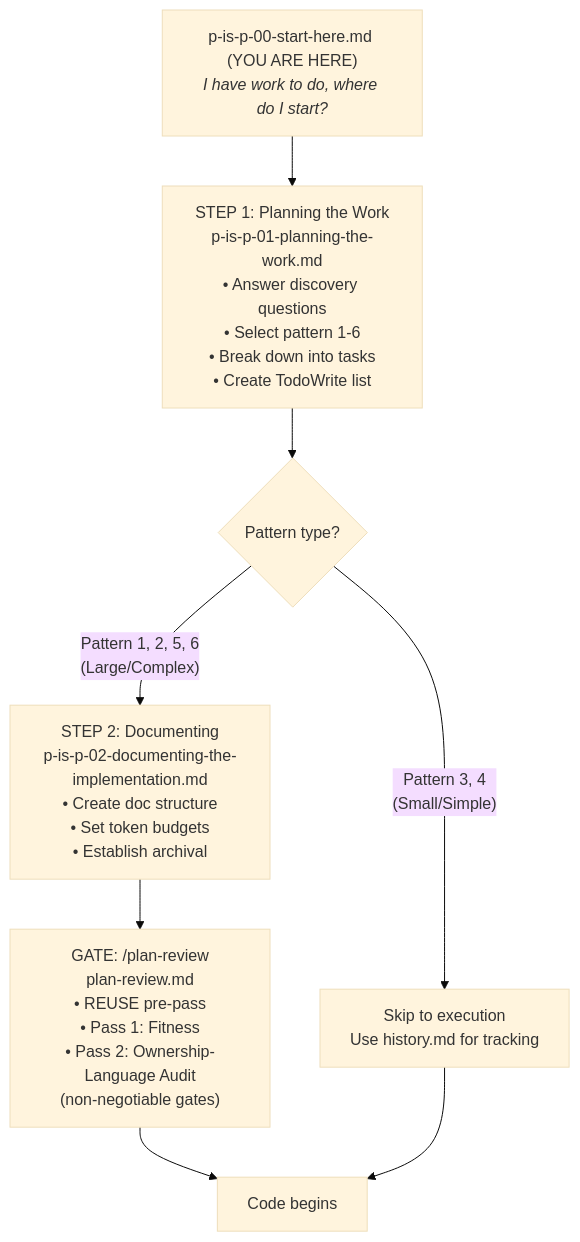
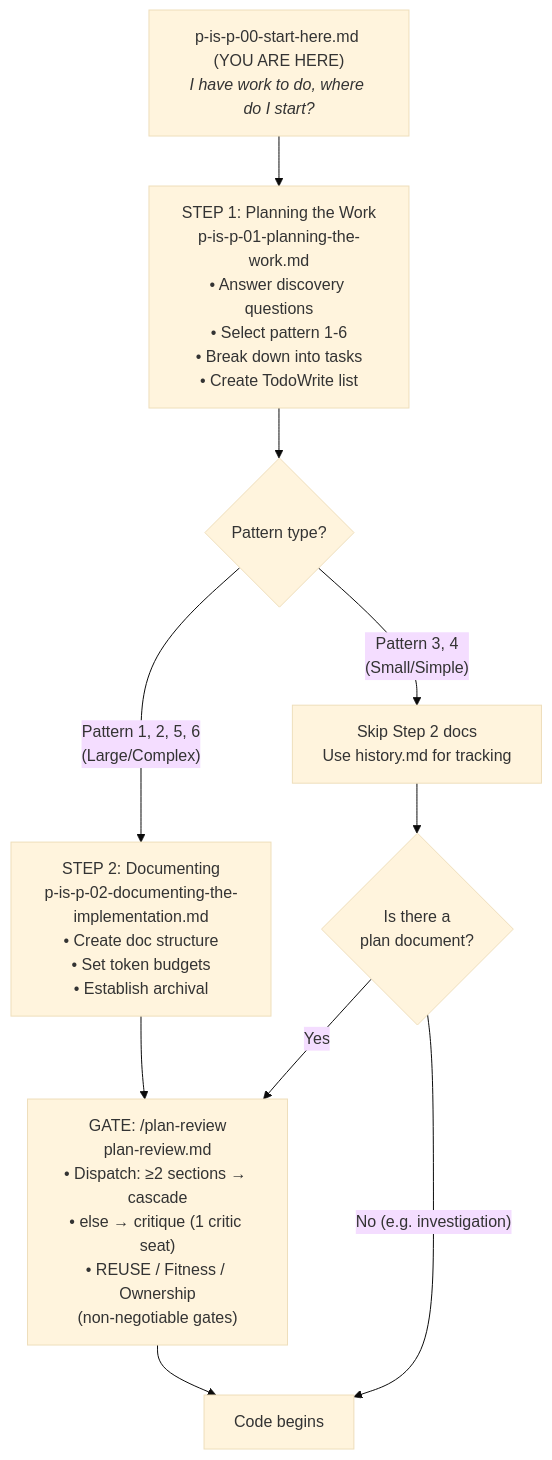
One commit to deepily/planning-is-prompting changed the diagram in workflow/p-is-p-00-start-here.md. Above: the diagram before and after it, drawn with Mermaid (base theme). The commit also changed other lines of this file and 287 other files, not shown here.

````diff
--- a/workflow/p-is-p-00-start-here.md
+++ b/workflow/p-is-p-00-start-here.md
@@ -260,12 +260,15 @@
 ```mermaid
 flowchart TD
     Start["p-is-p-00-start-here.md (YOU ARE HERE)<br><i>I have work to do, where do I start?</i>"]
     Step1["STEP 1: Planning the Work<br>p-is-p-01-planning-the-work.md<br>• Answer discovery questions<br>• Select pattern 1-6<br>• Break down into tasks<br>• Create TodoWrite list"]
     Start --> Step1
     Step1 --> Branch{Pattern type?}
     Branch -->|"Pattern 1, 2, 5, 6<br>(Large/Complex)"| Step2["STEP 2: Documenting<br>p-is-p-02-documenting-the-implementation.md<br>• Create doc structure<br>• Set token budgets<br>• Establish archival"]
-    Branch -->|"Pattern 3, 4<br>(Small/Simple)"| Skip["Skip to execution<br>Use history.md for tracking"]
-    Step2 --> Review["GATE: /plan-review<br>plan-review.md<br>• REUSE pre-pass<br>• Pass 1: Fitness<br>• Pass 2: Ownership-Language Audit<br>(non-negotiable gates)"]
+    Branch -->|"Pattern 3, 4<br>(Small/Simple)"| Skip["Skip Step 2 docs<br>Use history.md for tracking"]
+    Review["GATE: /plan-review<br>plan-review.md<br>• Dispatch: ≥2 sections → cascade<br>• else → critique (1 critic seat)<br>• REUSE / Fitness / Ownership<br>(non-negotiable gates)"]
+    Step2 --> Review
+    Skip --> HasDoc{Is there a<br>plan document?}
+    HasDoc -->|Yes| Review
+    HasDoc -->|"No (e.g. investigation)"| Code
     Review --> Code["Code begins"]
-    Skip --> Code
 ```
````
